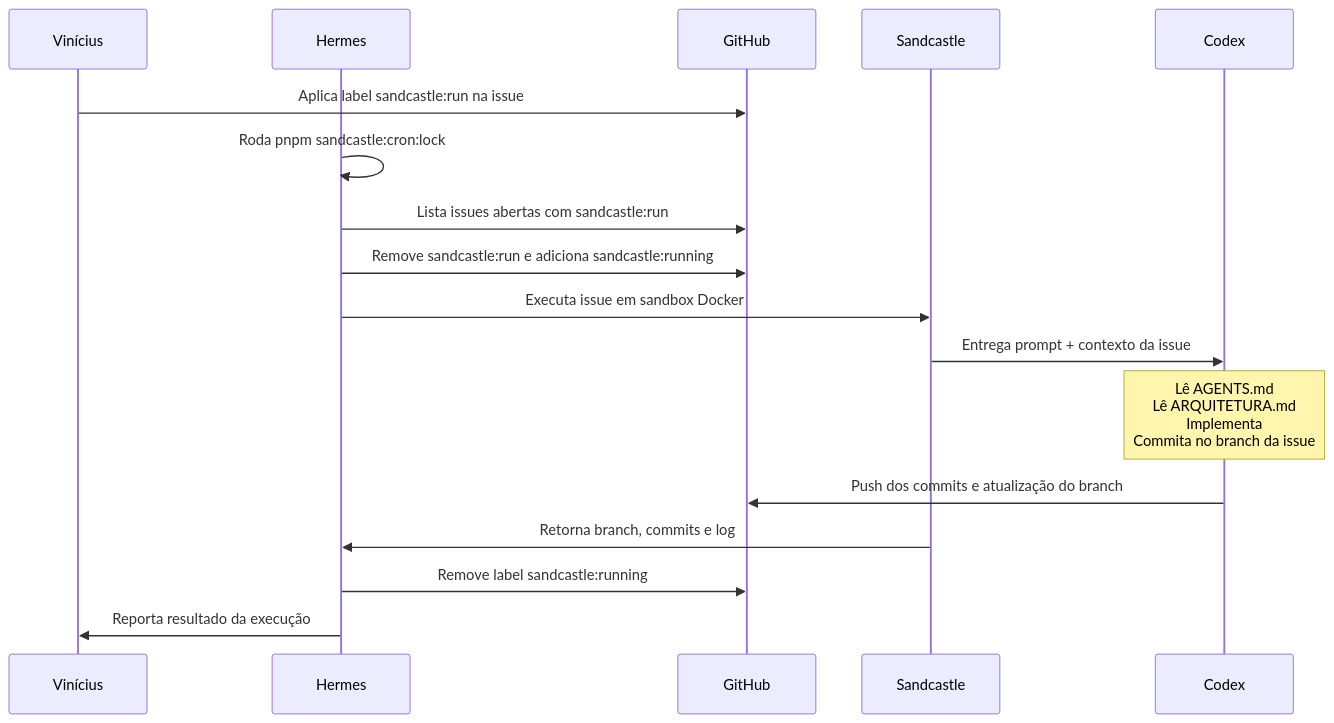
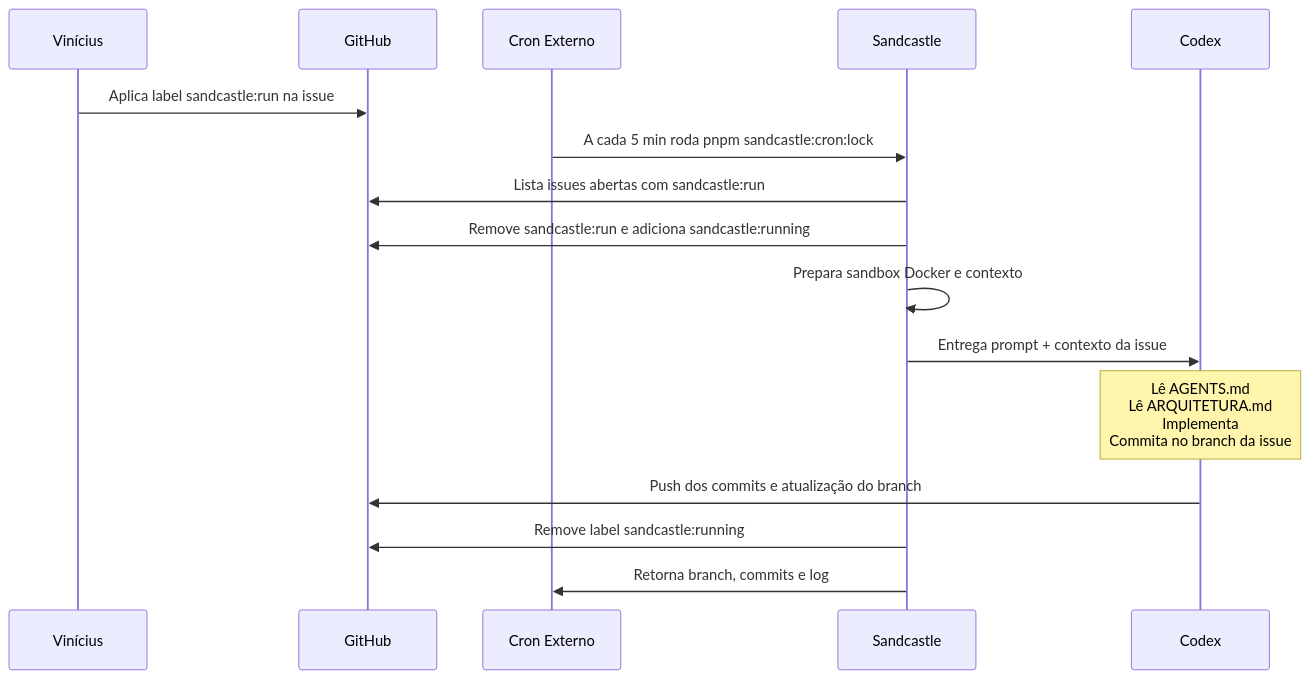
One commit to Dhinihan/fdp-online changed the diagram in ORQUESTRACAO.md. Above: the diagram before and after it, drawn with Mermaid. The commit also changed other lines of this file, not shown here.

First line of the commit message:
Docs: update Orquestracao.md to clarify Sandcastle workflow

````diff
--- a/ORQUESTRACAO.md
+++ b/ORQUESTRACAO.md
@@ -117,20 +126,19 @@
 ```mermaid
 sequenceDiagram
     participant V as Vinícius
-    participant H as Hermes
     participant GH as GitHub
+    participant X as Cron Externo
     participant S as Sandcastle
     participant C as Codex
 
     V->>GH: Aplica label sandcastle:run na issue
-    H->>H: Roda pnpm sandcastle:cron:lock
-    H->>GH: Lista issues abertas com sandcastle:run
-    H->>GH: Remove sandcastle:run e adiciona sandcastle:running
-    H->>S: Executa issue em sandbox Docker
+    X->>S: A cada 5 min roda pnpm sandcastle:cron:lock
+    S->>GH: Lista issues abertas com sandcastle:run
+    S->>GH: Remove sandcastle:run e adiciona sandcastle:running
+    S->>S: Prepara sandbox Docker e contexto
     S->>C: Entrega prompt + contexto da issue
     Note over C: Lê AGENTS.md<br/>Lê ARQUITETURA.md<br/>Implementa<br/>Commita no branch da issue
     C->>GH: Push dos commits e atualização do branch
-    S->>H: Retorna branch, commits e log
-    H->>GH: Remove label sandcastle:running
-    H->>V: Reporta resultado da execução
+    S->>GH: Remove label sandcastle:running
+    S->>X: Retorna branch, commits e log
 ```
````
